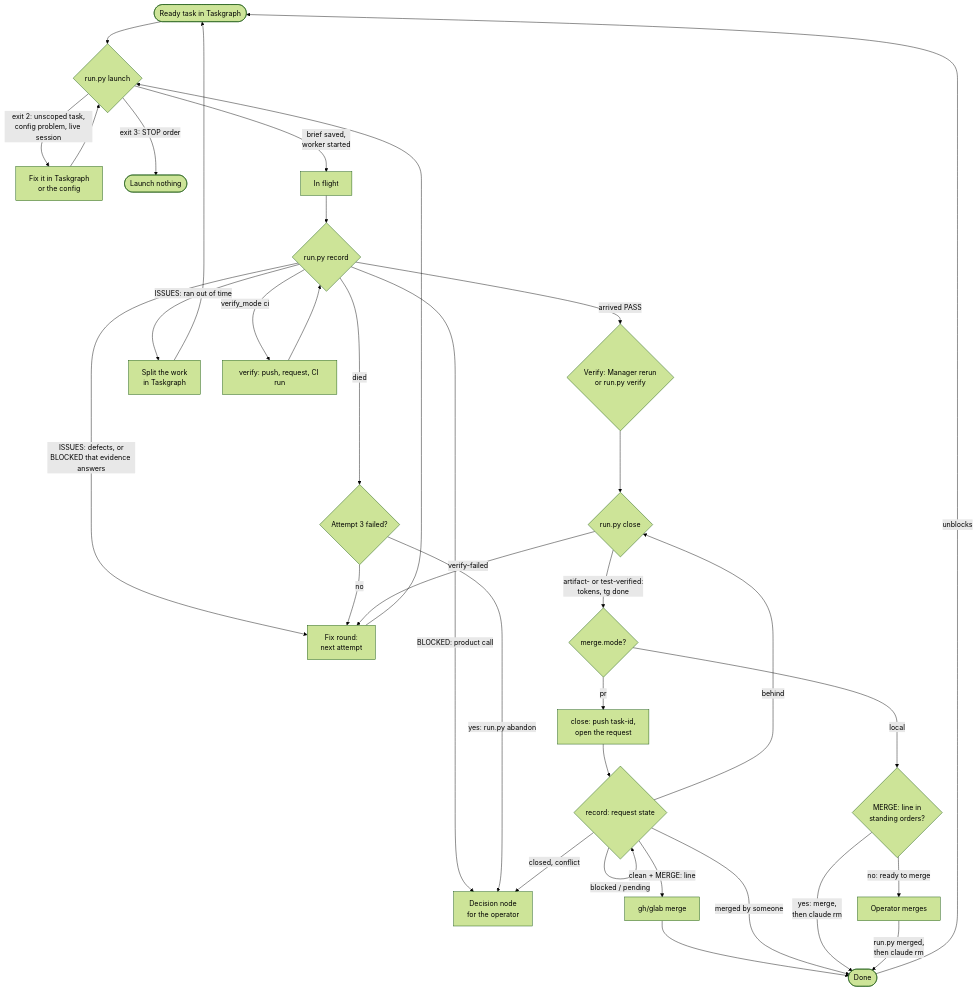
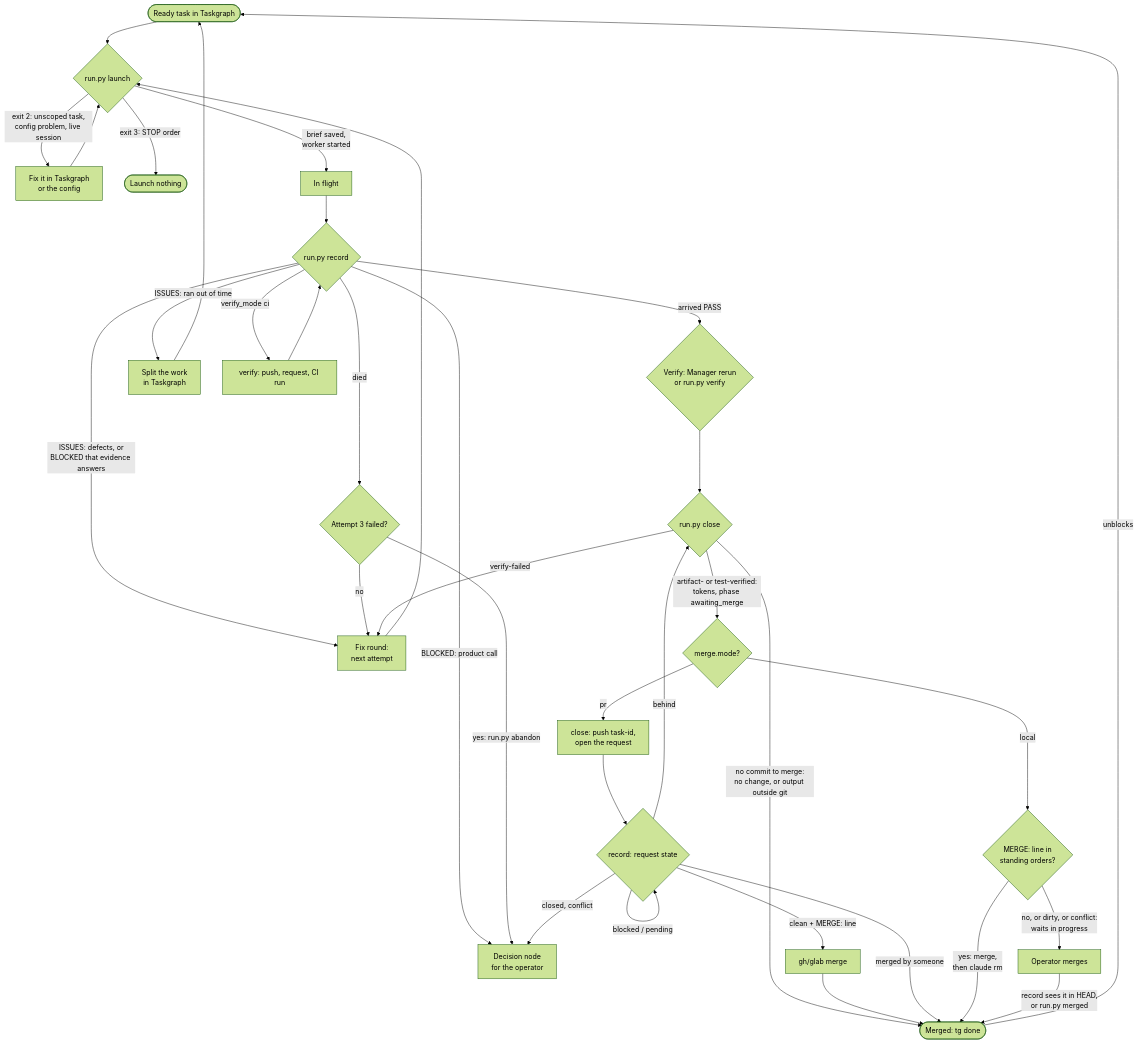
Before and after one commit to ronicayu/ronica-skills: the diagram in plugins/agentic-team/assets/diagrams/lifecycle.mmd, drawn with Mermaid (forest theme). The commit also changed 6 other files, not shown here.

First line of the commit message:
agentic-team 0.19.0: TLC results and diagrams for done-after-merge

```diff
--- a/plugins/agentic-team/assets/diagrams/lifecycle.mmd
+++ b/plugins/agentic-team/assets/diagrams/lifecycle.mmd
@@ -1,34 +1,35 @@
 flowchart TD
   READY([Ready task in Taskgraph]) --> LAUNCH{run.py launch}
   LAUNCH -->|"exit 2: unscoped task,<br/>config problem, live session"| FIX[Fix it in Taskgraph<br/>or the config]
   FIX --> LAUNCH
   LAUNCH -->|"exit 3: STOP order"| HALT([Launch nothing])
   LAUNCH -->|"brief saved,<br/>worker started"| FLIGHT[In flight]
   FLIGHT --> RECORD{run.py record}
   RECORD -->|"arrived PASS"| VERIFY{Verify: Manager rerun<br/>or run.py verify}
   RECORD -->|"ISSUES: defects, or<br/>BLOCKED that evidence answers"| AGAIN[Fix round:<br/>next attempt]
   RECORD -->|"ISSUES: ran out of time"| SPLIT[Split the work<br/>in Taskgraph]
   RECORD -->|"BLOCKED: product call"| DECIDE[Decision node<br/>for the operator]
   RECORD -->|"died"| RETRY{Attempt 3 failed?}
   RETRY -->|"no"| AGAIN
   RETRY -->|"yes: run.py abandon"| DECIDE
   VERIFY --> CLOSE{run.py close}
   CLOSE -->|"verify-failed"| AGAIN
-  CLOSE -->|"artifact- or test-verified:<br/>tokens, tg done"| MODE{merge.mode?}
+  CLOSE -->|"artifact- or test-verified:<br/>tokens, phase awaiting_merge"| MODE{merge.mode?}
+  CLOSE -->|"no commit to merge:<br/>no change, or output outside git"| DONE
   MODE -->|"local"| MERGE{MERGE: line in<br/>standing orders?}
   MODE -->|"pr"| PUB[close: push task-id,<br/>open the request]
   PUB --> REC{record: request state}
   REC -->|"clean + MERGE: line"| HOSTMERGE[gh/glab merge]
-  HOSTMERGE --> DONE([Done])
+  HOSTMERGE --> DONE([Merged: tg done])
   REC -->|"behind"| CLOSE
   REC -->|"blocked / pending"| REC
   REC -->|"merged by someone"| DONE
   REC -->|"closed, conflict"| DECIDE
   RECORD -->|"verify_mode ci"| CI[verify: push, request, CI run]
   CI --> RECORD
   MERGE -->|"yes: merge,<br/>then claude rm"| DONE
-  MERGE -->|"no: ready to merge"| OPMERGE[Operator merges]
-  OPMERGE -->|"run.py merged,<br/>then claude rm"| DONE
+  MERGE -->|"no, or dirty, or conflict:<br/>waits in progress"| OPMERGE[Operator merges]
+  OPMERGE -->|"record sees it in HEAD,<br/>or run.py merged"| DONE
   AGAIN --> LAUNCH
   SPLIT --> READY
   DONE -->|"unblocks"| READY
```
